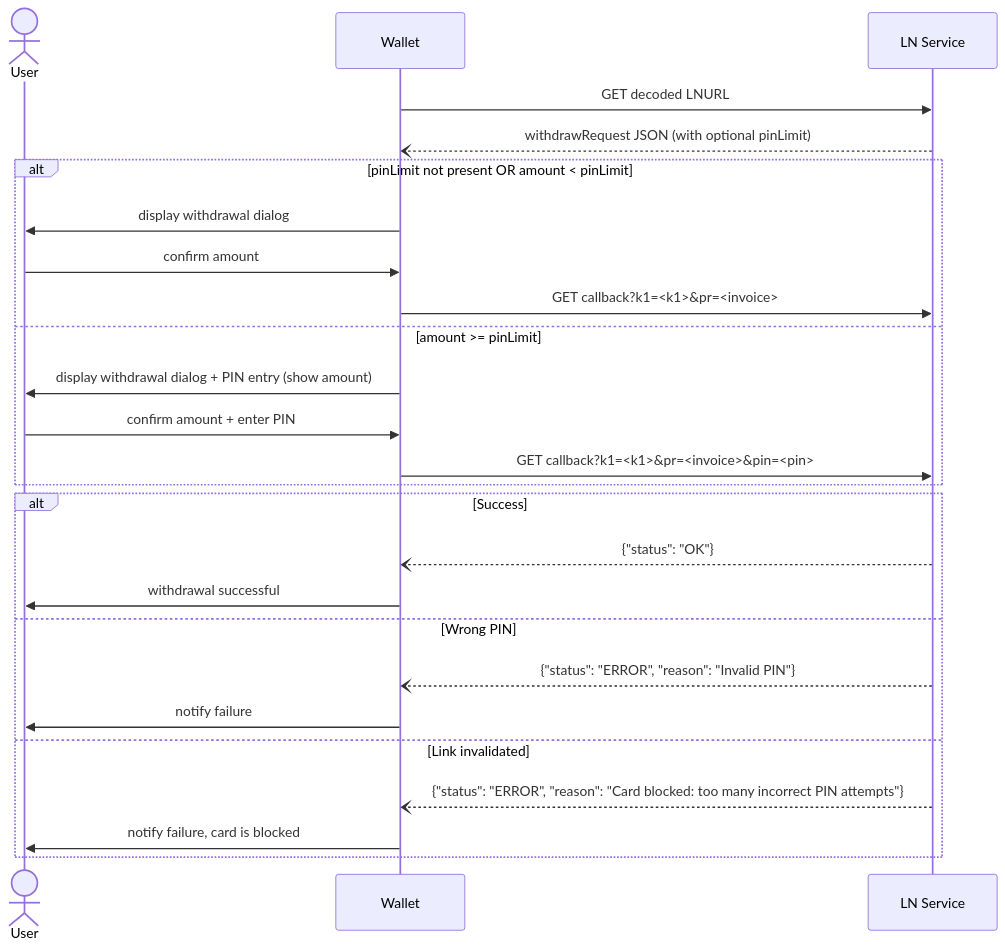
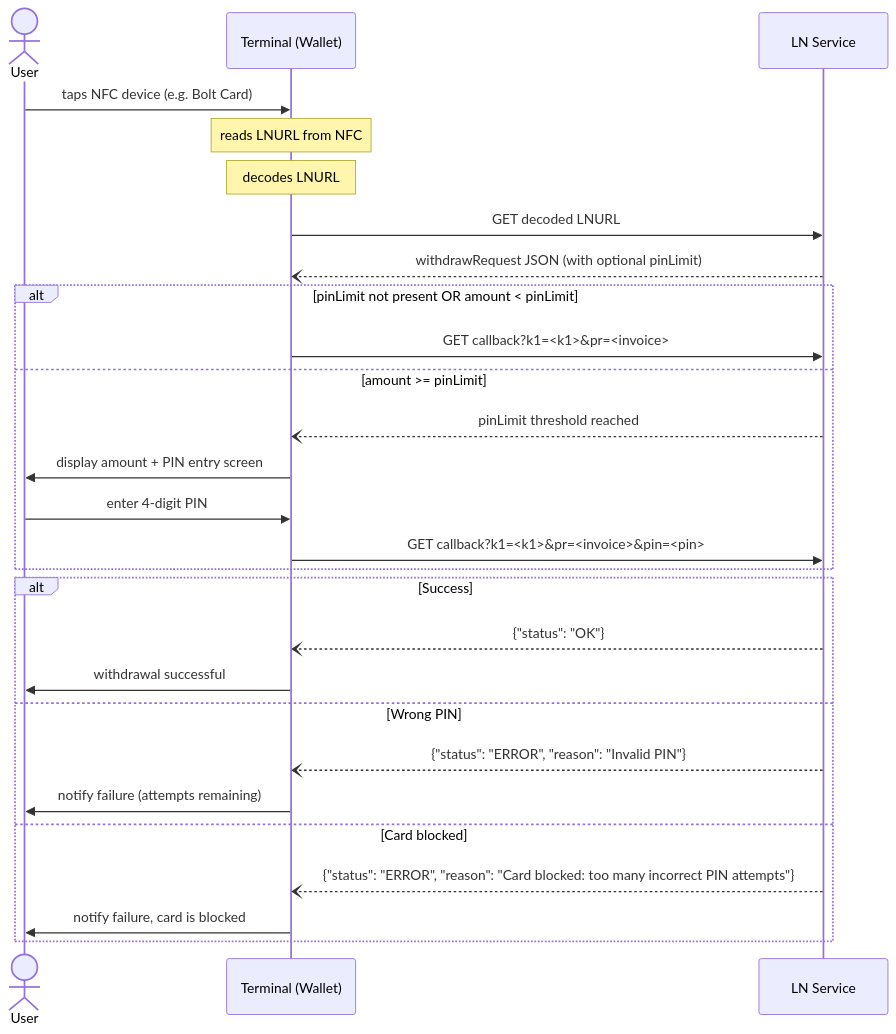
The diagram in XX.md (lnurl/luds), drawn with Mermaid before and after one commit.

Commit message:
draft: add NFC tap as flow entry point, clarify Terminal actor in diagram

````diff
--- a/XX.md
+++ b/XX.md
@@ -52,30 +52,33 @@
 ```mermaid
 sequenceDiagram
     actor User
-    participant Wallet
+    participant Terminal as Terminal (Wallet)
     participant LN Service
 
-    Wallet->>LN Service: GET decoded LNURL
-    LN Service--)Wallet: withdrawRequest JSON (with optional pinLimit)
+    User->>Terminal: taps NFC device (e.g. Bolt Card)
+    Note over Terminal: reads LNURL from NFC
+    Note over Terminal: decodes LNURL
+
+    Terminal->>LN Service: GET decoded LNURL
+    LN Service--)Terminal: withdrawRequest JSON (with optional pinLimit)
 
     alt pinLimit not present OR amount < pinLimit
-        Wallet->>User: display withdrawal dialog
-        User->>Wallet: confirm amount
-        Wallet->>LN Service: GET callback?k1=<k1>&pr=<invoice>
+        Terminal->>LN Service: GET callback?k1=<k1>&pr=<invoice>
     else amount >= pinLimit
-        Wallet->>User: display withdrawal dialog + PIN entry (show amount)
-        User->>Wallet: confirm amount + enter PIN
-        Wallet->>LN Service: GET callback?k1=<k1>&pr=<invoice>&pin=<pin>
+        LN Service--)Terminal: pinLimit threshold reached
+        Terminal->>User: display amount + PIN entry screen
+        User->>Terminal: enter 4-digit PIN
+        Terminal->>LN Service: GET callback?k1=<k1>&pr=<invoice>&pin=<pin>
     end
 
     alt Success
-        LN Service--)Wallet: {"status": "OK"}
-        Wallet->>User: withdrawal successful
+        LN Service--)Terminal: {"status": "OK"}
+        Terminal->>User: withdrawal successful
     else Wrong PIN
-        LN Service--)Wallet: {"status": "ERROR", "reason": "Invalid PIN"}
-        Wallet->>User: notify failure
-    else Link invalidated
-        LN Service--)Wallet: {"status": "ERROR", "reason": "Card blocked: too many incorrect PIN attempts"}
-        Wallet->>User: notify failure, card is blocked
+        LN Service--)Terminal: {"status": "ERROR", "reason": "Invalid PIN"}
+        Terminal->>User: notify failure (attempts remaining)
+    else Card blocked
+        LN Service--)Terminal: {"status": "ERROR", "reason": "Card blocked: too many incorrect PIN attempts"}
+        Terminal->>User: notify failure, card is blocked
     end
 ```
````
